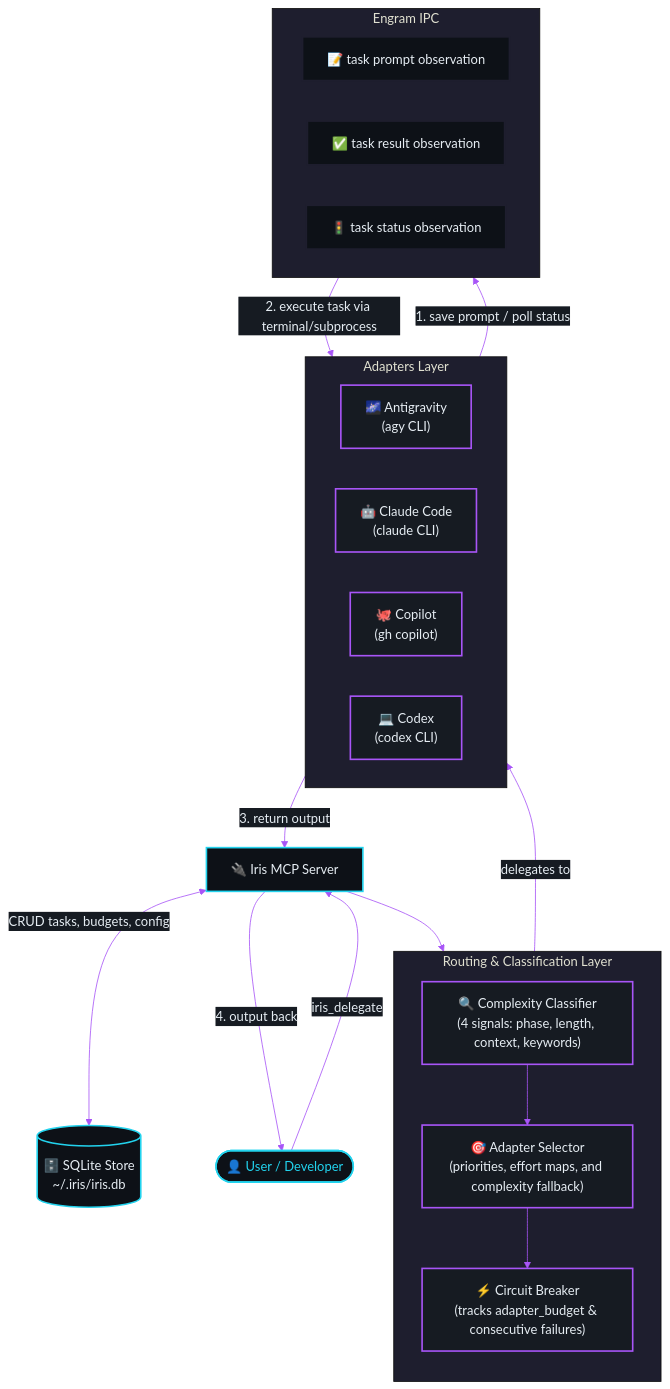
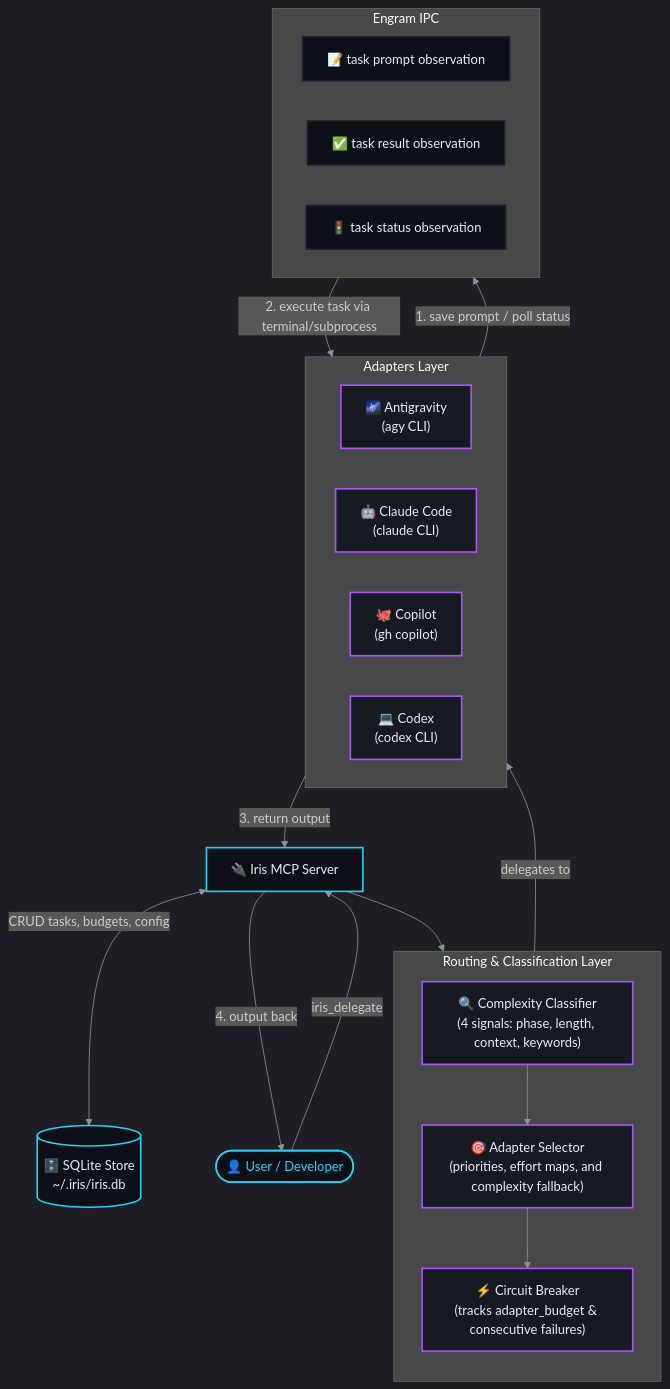
Before and after one commit to Geraldow/iris: the diagram in README.md, drawn with Mermaid. The commit also changed other lines of this file and 50 other files, not shown here.

````diff
--- a/README.md
+++ b/README.md
@@ -74,50 +74,50 @@
 ```mermaid
-%%{init: {'theme': 'base', 'themeVariables': {'primaryColor': '#0d1117', 'primaryTextColor': '#e6edf3', 'primaryBorderColor': '#22d3ee', 'lineColor': '#a855f7', 'secondaryColor': '#161b22', 'tertiaryColor': '#1e1e2e'}}}%%
+%%{init: {'theme': 'dark', 'themeVariables': {'primaryColor': '#1f6feb', 'primaryTextColor': '#ffffff', 'primaryBorderColor': '#22d3ee', 'lineColor': '#8b949e'}}}%%
 flowchart TB
     user(["👤 User / Developer"])
     mcp["🔌 Iris MCP Server"]
     db[("🗄️ SQLite Store\n~/.iris/iris.db")]
     
     subgraph router ["  Routing & Classification Layer  "]
         direction TB
         classifier["🔍 Complexity Classifier\n(4 signals: phase, length, context, keywords)"]
         selector["🎯 Adapter Selector\n(priorities, effort maps, and complexity fallback)"]
         cb["⚡ Circuit Breaker\n(tracks adapter_budget & consecutive failures)"]
     end
 
     subgraph adapters ["  Adapters Layer  "]
         direction LR
         agy["🌌 Antigravity\n(agy CLI)"]
         claude["🤖 Claude Code\n(claude CLI)"]
         copilot["🐙 Copilot\n(gh copilot)"]
         codex["💻 Codex\n(codex CLI)"]
     end
 
     subgraph ipc ["  Engram IPC  "]
         direction LR
         prompt_obs["📝 task prompt observation"]
         output_obs["✅ task result observation"]
         status_obs["🚦 task status observation"]
     end
 
     user -->|"iris_delegate"| mcp
     mcp <-->|"CRUD tasks, budgets, config"| db
     mcp --> router
     classifier --> selector --> cb
     cb -->|"delegates to"| adapters
     
     adapters -->|"1. save prompt / poll status"| ipc
     ipc -->|"2. execute task via terminal/subprocess"| adapters
     adapters -->|"3. return output"| mcp
     mcp -->|"4. output back"| user
 
     classDef cyan fill:#0d1117,stroke:#22d3ee,stroke-width:2px,color:#e6edf3
     classDef purple fill:#161b22,stroke:#a855f7,stroke-width:2px,color:#e6edf3
     classDef dark fill:#0d1117,stroke:#1e1e2e,stroke-width:2px,color:#e6edf3
     classDef person fill:#0d1117,stroke:#22d3ee,stroke-width:2px,color:#22d3ee
 
     class user person
     class mcp,db cyan
     class classifier,selector,cb,agy,claude,copilot,codex purple
     class prompt_obs,output_obs,status_obs dark
 ```
````
